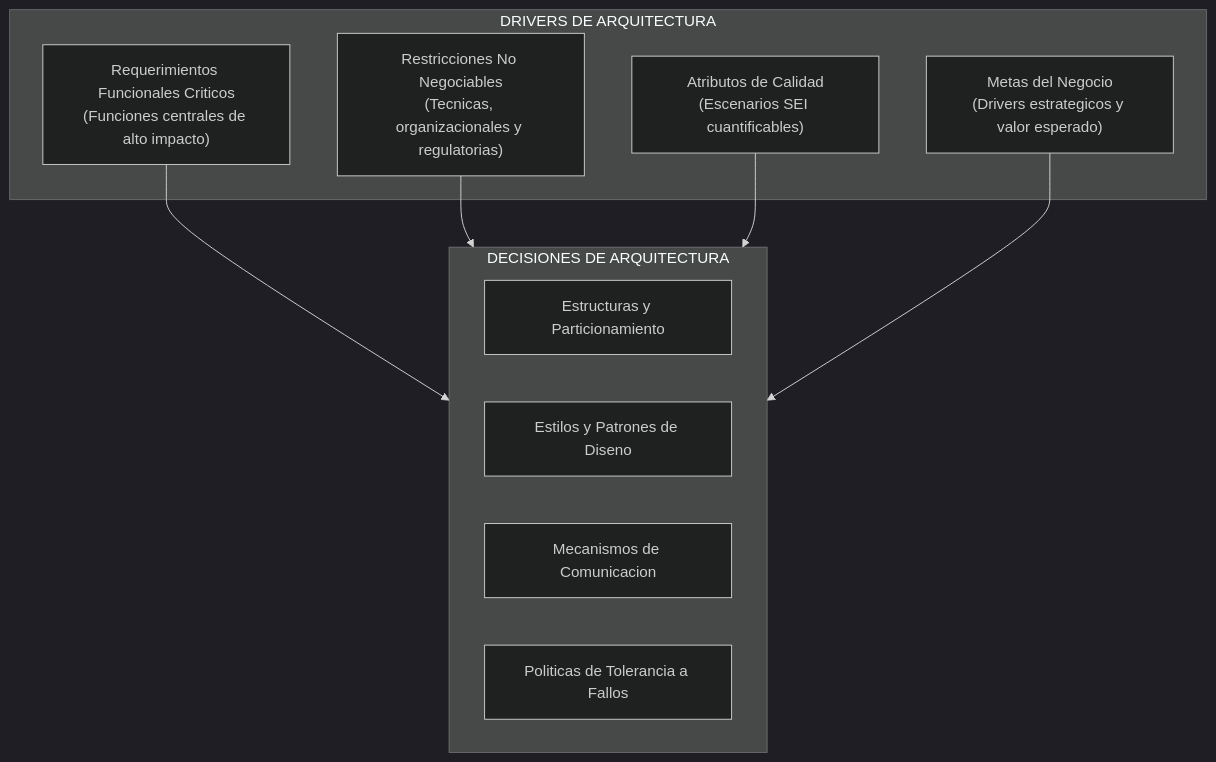
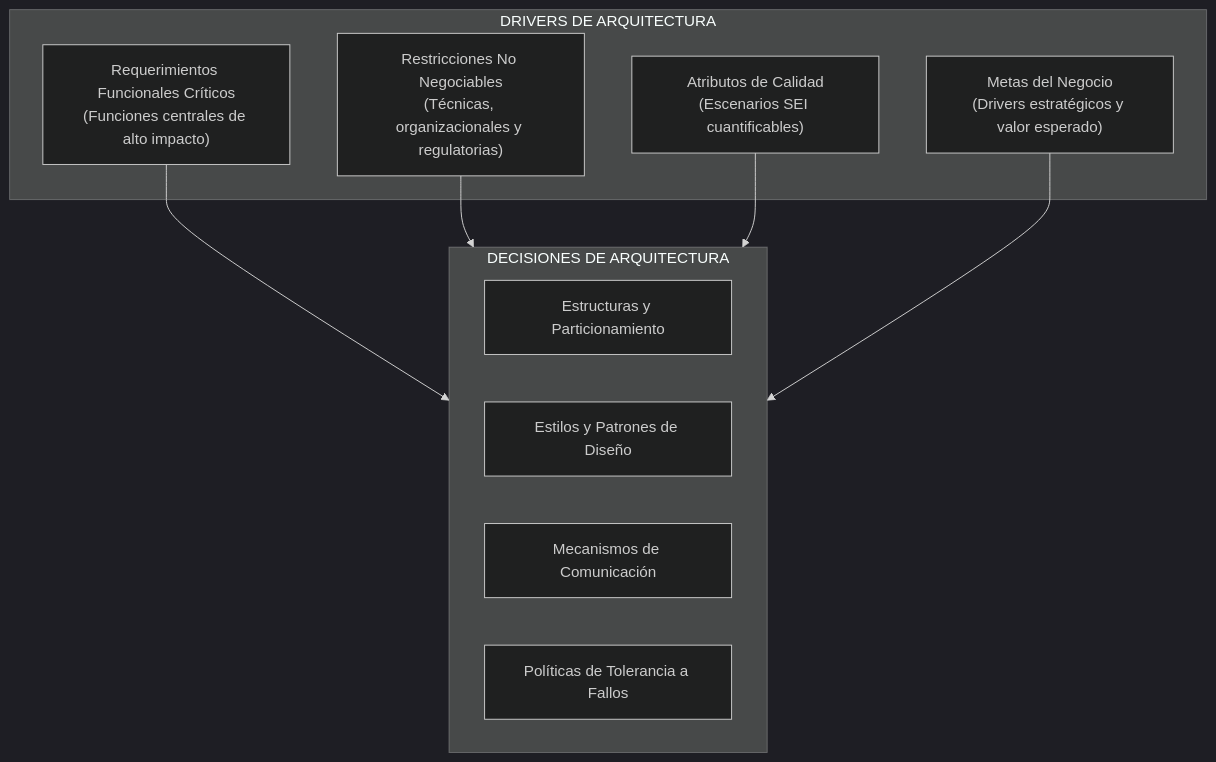
The first of 8 diagrams in docs/diseno-de-software-1/semana-1/03-drivers-asrs-escenarios.md (Kelocoes/docukelo-icesi), drawn with Mermaid (dark theme) before and after one commit. The commit also changed other lines of this file and 3 other files, not shown here.

Commit message:
docs(diseno-1): actualizar guias 02 y 03 con diagramas SVG optimizados, OCP y escenarios SEI

````diff
--- a/docs/diseno-de-software-1/semana-1/03-drivers-asrs-escenarios.md
+++ b/docs/diseno-de-software-1/semana-1/03-drivers-asrs-escenarios.md
@@ -26,21 +49,21 @@
 ```mermaid
 flowchart TD
     subgraph DRIVERS["DRIVERS DE ARQUITECTURA"]
-        FRC["Requerimientos Funcionales Criticos<br/>(Funciones centrales de alto impacto)"]
-        RES["Restricciones No Negociables<br/>(Tecnicas, organizacionales y regulatorias)"]
+        FRC["Requerimientos Funcionales Críticos<br/>(Funciones centrales de alto impacto)"]
+        RES["Restricciones No Negociables<br/>(Técnicas, organizacionales y regulatorias)"]
         QA["Atributos de Calidad<br/>(Escenarios SEI cuantificables)"]
-        BUS["Metas del Negocio<br/>(Drivers estrategicos y valor esperado)"]
+        BUS["Metas del Negocio<br/>(Drivers estratégicos y valor esperado)"]
     end
 
     subgraph ARQ["DECISIONES DE ARQUITECTURA"]
         EST["Estructuras y Particionamiento"]
-        PAT["Estilos y Patrones de Diseno"]
-        CON["Mecanismos de Comunicacion"]
-        POL["Politicas de Tolerancia a Fallos"]
+        PAT["Estilos y Patrones de Diseño"]
+        CON["Mecanismos de Comunicación"]
+        POL["Políticas de Tolerancia a Fallos"]
     end
 
     FRC --> ARQ
     RES --> ARQ
     QA --> ARQ
     BUS --> ARQ
 ```
````
